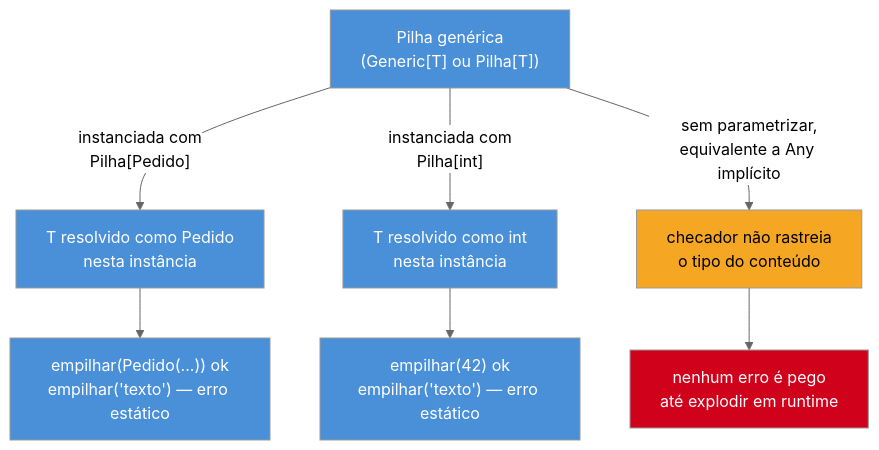
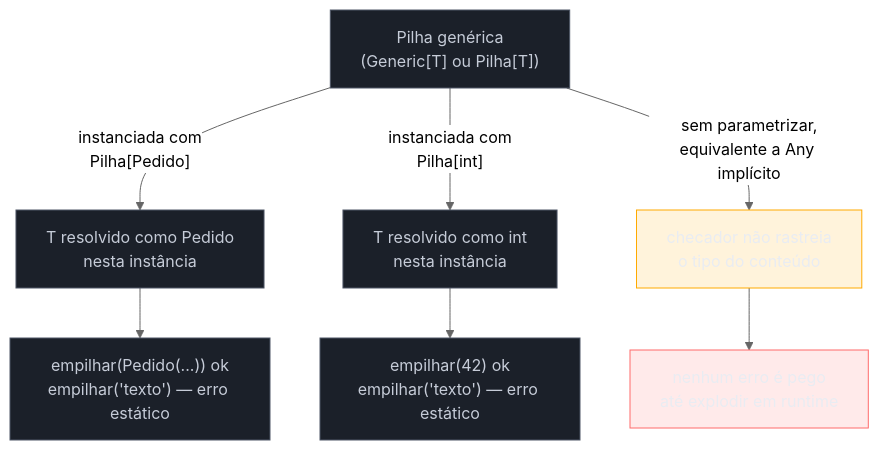
Before and after one commit to josenaldo/codex-technomanticus: the first of 2 diagrams in 03-Dominios/Tecnologia/Python/Tipagem moderna/03 - Generics — TypeVar, Generic e sintaxe moderna.md, drawn with Mermaid (neutral theme). The commit also changed other lines of this file and 1181 other files, not shown here.

First line of the commit message:
fix(diagramas): paleta do sistema no lugar de cor cravada no markdown

````diff
--- a/03-Dominios/Tecnologia/Python/Tipagem moderna/03 - Generics — TypeVar, Generic e sintaxe moderna.md
+++ b/03-Dominios/Tecnologia/Python/Tipagem moderna/03 - Generics — TypeVar, Generic e sintaxe moderna.md
@@ -130,18 +130,21 @@
 ```mermaid
 flowchart TD
+    classDef neutro fill:#1B2029,stroke:#4E5666,color:#C6CCD8
+    classDef destaque fill:#FFAA0024,stroke:#FFAA00,color:#E9ECF2
+    classDef falha fill:#FF6B6B24,stroke:#FF6B6B,color:#E9ECF2
     A["Pilha genérica<br/>(Generic[T] ou Pilha[T])"] -->|"instanciada com<br/>Pilha[Pedido]"| B["T resolvido como Pedido<br/>nesta instância"]
     A -->|"instanciada com<br/>Pilha[int]"| C["T resolvido como int<br/>nesta instância"]
     A -->|"sem parametrizar,<br/>equivalente a Any implícito"| D["checador não rastreia<br/>o tipo do conteúdo"]
 
     B --> E["empilhar(Pedido(...)) ok<br/>empilhar('texto') — erro estático"]
     C --> F["empilhar(42) ok<br/>empilhar('texto') — erro estático"]
     D --> G["nenhum erro é pego<br/>até explodir em runtime"]
 
-    style A fill:#4A90D9,color:#fff
-    style B fill:#4A90D9,color:#fff
-    style C fill:#4A90D9,color:#fff
-    style D fill:#F5A623,color:#000
-    style E fill:#4A90D9,color:#fff
-    style F fill:#4A90D9,color:#fff
-    style G fill:#D0021B,color:#fff
+    class A neutro
+    class B neutro
+    class C neutro
+    class D destaque
+    class E neutro
+    class F neutro
+    class G falha
 ```
````
